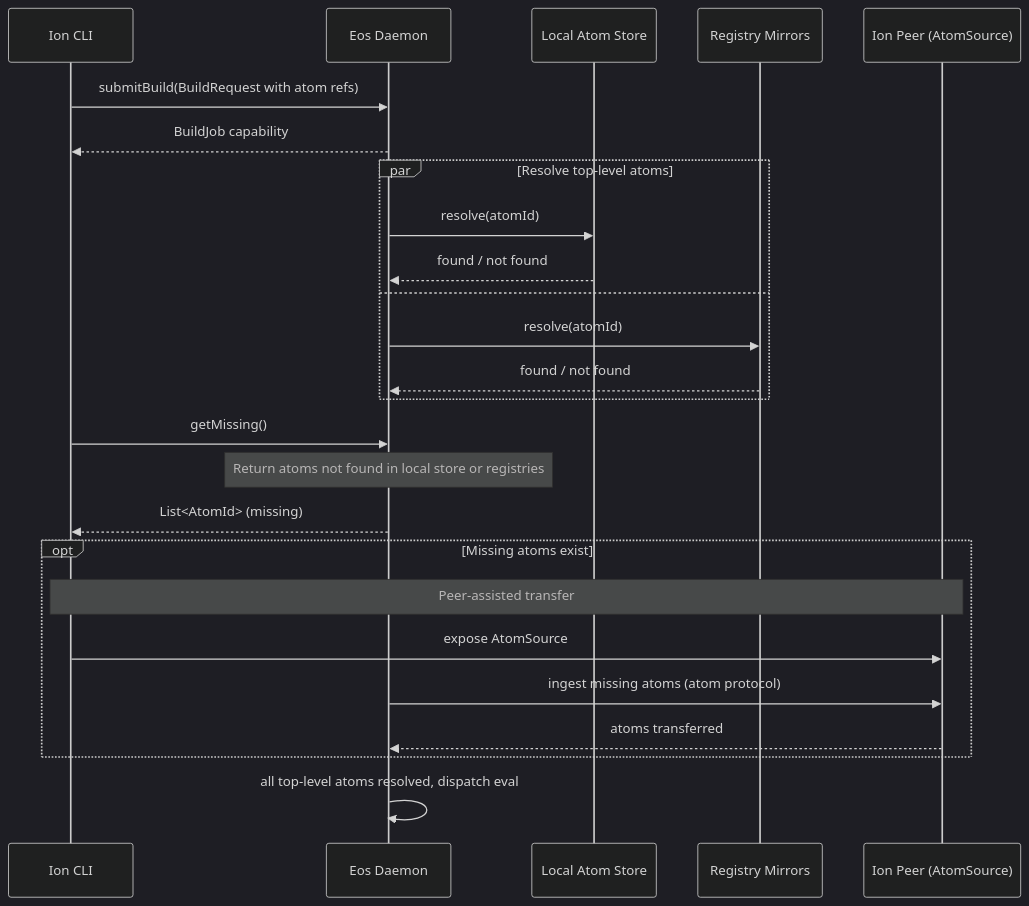
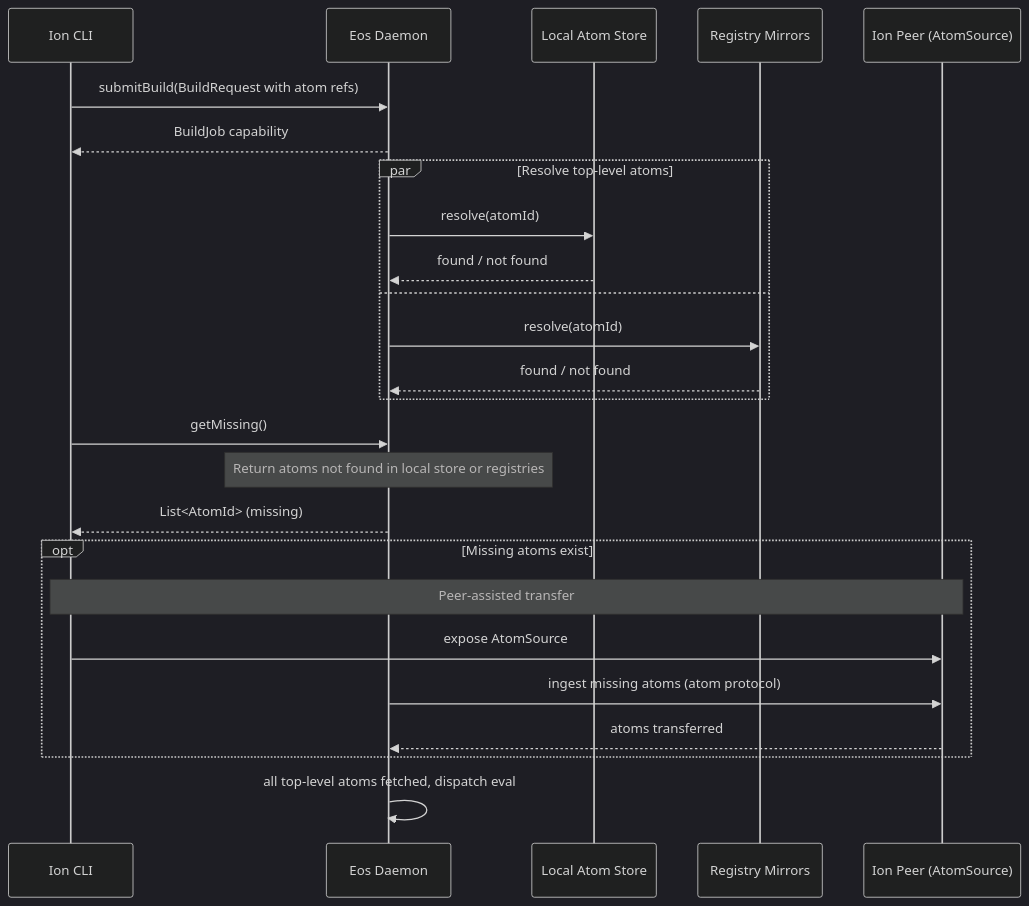
Before and after one commit to axiosoph/axios: the eighth of 10 diagrams in docs/architecture/eos-sad.md, drawn with Mermaid (dark theme). The commit also changed other lines of this file, not shown here.

````diff
--- a/docs/architecture/eos-sad.md
+++ b/docs/architecture/eos-sad.md
@@ -472,32 +487,32 @@
 ```mermaid
 sequenceDiagram
     participant Ion as Ion CLI
     participant Daemon as Eos Daemon
     participant Local as Local Atom Store
     participant Registry as Registry Mirrors
     participant Peer as Ion Peer (AtomSource)
 
     Ion->>Daemon: submitBuild(BuildRequest with atom refs)
     Daemon-->>Ion: BuildJob capability
 
     par Resolve top-level atoms
         Daemon->>Local: resolve(atomId)
         Local-->>Daemon: found / not found
     and
         Daemon->>Registry: resolve(atomId)
         Registry-->>Daemon: found / not found
     end
 
     Ion->>Daemon: getMissing()
     Note over Daemon: Return atoms not found in local store or registries
     Daemon-->>Ion: List<AtomId> (missing)
 
     opt Missing atoms exist
         Note over Ion,Peer: Peer-assisted transfer
         Ion->>Peer: expose AtomSource
         Daemon->>Peer: ingest missing atoms (atom protocol)
         Peer-->>Daemon: atoms transferred
     end
 
-    Daemon->>Daemon: all top-level atoms resolved, dispatch eval
+    Daemon->>Daemon: all top-level atoms fetched, dispatch eval
 ```
````
